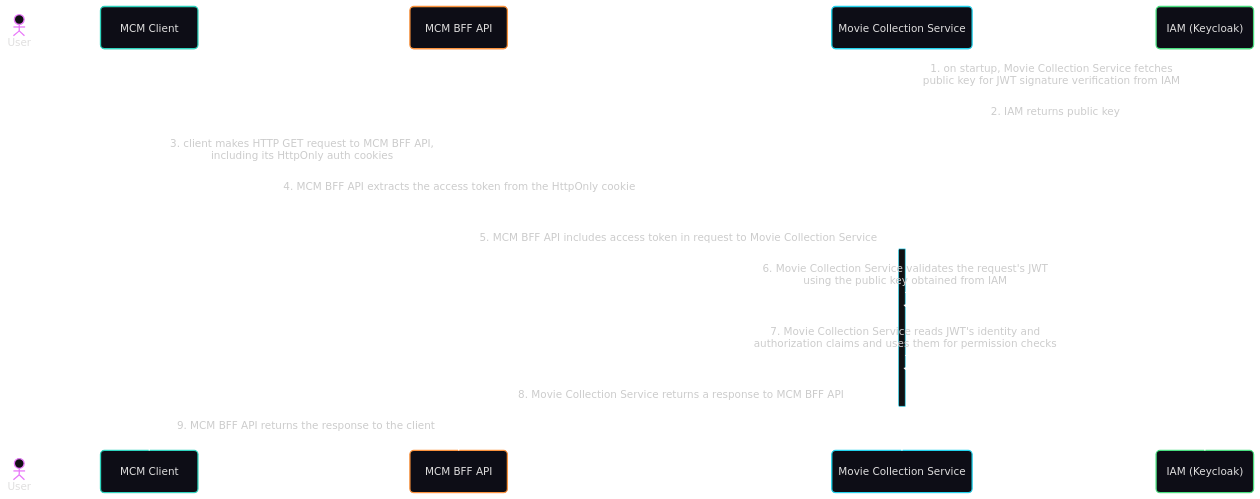
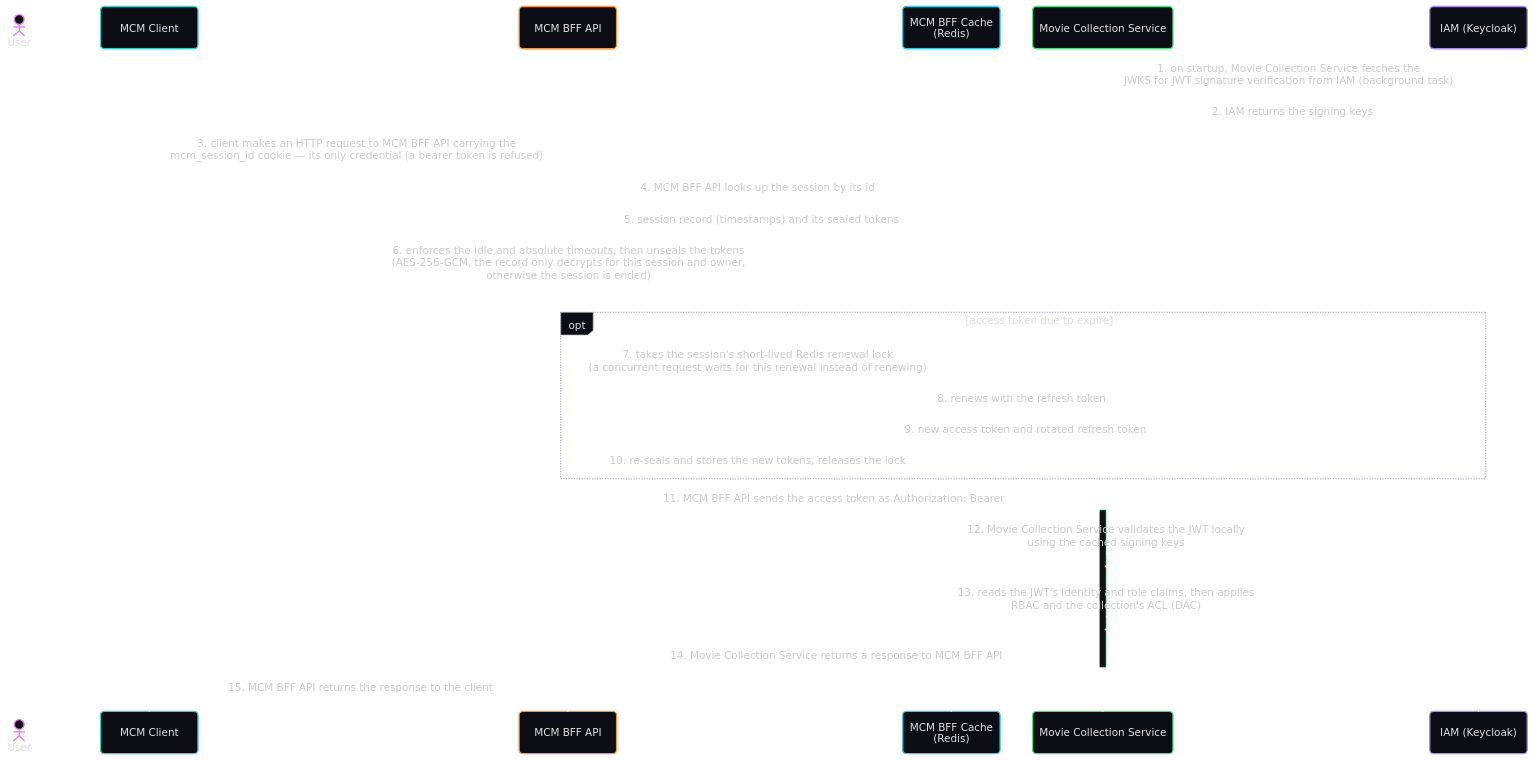
The fourth of 5 diagrams in docs/MCM-Architecture.md (jumbleknot/MovieCollectionManager), drawn with Mermaid before and after one commit. The commit also changed other lines of this file and 11 other files, not shown here.

First line of the commit message:
docs: MCM-Learnings with scripted metrics; architecture doc matches the code

````diff
--- a/docs/MCM-Architecture.md
+++ b/docs/MCM-Architecture.md
@@ -492,25 +507,34 @@
 ```mermaid
 ---
 config:
   theme: redux-dark-color
   look: neo
 ---
 sequenceDiagram
   actor User
   participant Client as MCM Client
   participant BFF as MCM BFF API
+  participant Cache as MCM BFF Cache<br/>(Redis)
   participant Backend as Movie Collection Service
   participant IAM as IAM (Keycloak)
 
-  Backend->>IAM: 1. on startup, Movie Collection Service fetches<br/>public key for JWT signature verification from IAM
-  IAM-->>Backend: 2. IAM returns public key
-  Client->>BFF: 3. client makes HTTP GET request to MCM BFF API,<br/>including its HttpOnly auth cookies
-  BFF->>BFF: 4. MCM BFF API extracts the access token from the HttpOnly cookie
-  BFF->>Backend: 5. MCM BFF API includes access token in request to Movie Collection Service
+  Backend->>IAM: 1. on startup, Movie Collection Service fetches the<br/>JWKS for JWT signature verification from IAM (background task)
+  IAM-->>Backend: 2. IAM returns the signing keys
+  Client->>BFF: 3. client makes an HTTP request to MCM BFF API carrying the<br/>mcm_session_id cookie — its only credential (a bearer token is refused)
+  BFF->>Cache: 4. MCM BFF API looks up the session by its id
+  Cache-->>BFF: 5. session record (timestamps) and its sealed tokens
+  BFF->>BFF: 6. enforces the idle and absolute timeouts, then unseals the tokens<br/>(AES-256-GCM, the record only decrypts for this session and owner,<br/>otherwise the session is ended)
+  opt access token due to expire
+    BFF->>Cache: 7. takes the session's short-lived Redis renewal lock<br/>(a concurrent request waits for this renewal instead of renewing)
+    BFF->>IAM: 8. renews with the refresh token
+    IAM-->>BFF: 9. new access token and rotated refresh token
+    BFF->>Cache: 10. re-seals and stores the new tokens, releases the lock
+  end
+  BFF->>Backend: 11. MCM BFF API sends the access token as Authorization: Bearer
   activate Backend
-  Backend->>Backend: 6. Movie Collection Service validates the request's JWT<br/>using the public key obtained from IAM
-  Backend->>Backend: 7. Movie Collection Service reads JWT's identity and<br/>authorization claims and uses them for permission checks
-  Backend-->>BFF: 8. Movie Collection Service returns a response to MCM BFF API
+  Backend->>Backend: 12. Movie Collection Service validates the JWT locally<br/>using the cached signing keys
+  Backend->>Backend: 13. reads the JWT's identity and role claims, then applies<br/>RBAC and the collection's ACL (DAC)
+  Backend-->>BFF: 14. Movie Collection Service returns a response to MCM BFF API
   deactivate Backend
-  BFF-->>Client: 9. MCM BFF API returns the response to the client
+  BFF-->>Client: 15. MCM BFF API returns the response to the client
 ```
````
